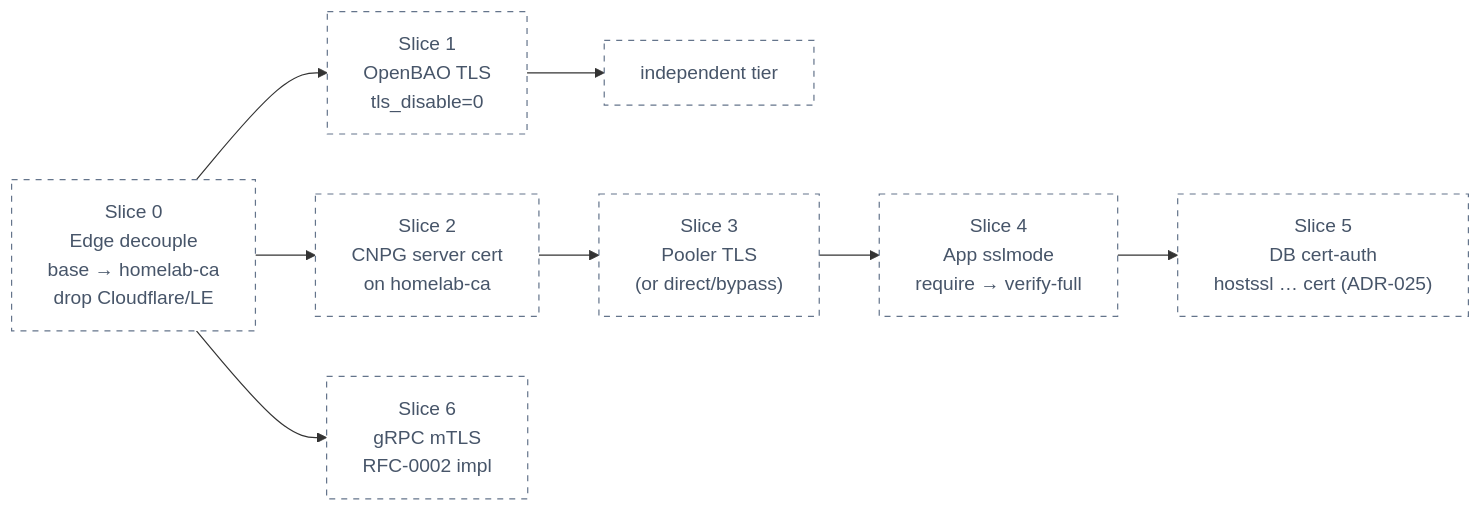
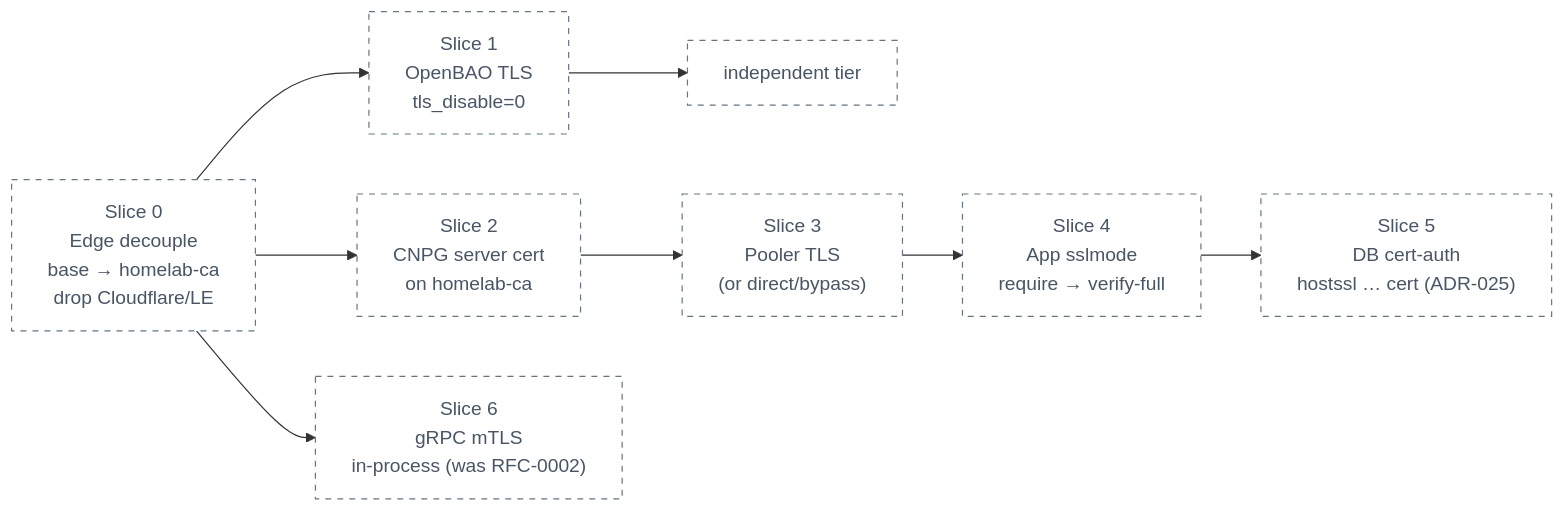
The second of 2 diagrams in docs/proposals/rfc/RFC-0020/research.md (duynhlab/homelab), drawn with Mermaid before and after one commit. The commit also changed other lines of this file and 3 other files, not shown here.

````diff
--- a/docs/proposals/rfc/RFC-0020/research.md
+++ b/docs/proposals/rfc/RFC-0020/research.md
@@ -212,14 +212,14 @@
 ```mermaid
 flowchart LR
   s0["Slice 0<br/>Edge decouple<br/>base → homelab-ca<br/>drop Cloudflare/LE"] --> s1
   s1["Slice 1<br/>OpenBAO TLS<br/>tls_disable=0"] --> note1
   s0 --> s2["Slice 2<br/>CNPG server cert<br/>on homelab-ca"]
   s2 --> s3["Slice 3<br/>Pooler TLS<br/>(or direct/bypass)"]
   s3 --> s4["Slice 4<br/>App sslmode<br/>require → verify-full"]
   s4 --> s5["Slice 5<br/>DB cert-auth<br/>hostssl … cert (ADR-025)"]
-  s0 --> s6["Slice 6<br/>gRPC mTLS<br/>RFC-0002 impl"]
+  s0 --> s6["Slice 6<br/>gRPC mTLS<br/>in-process (was RFC-0002)"]
   note1["independent tier"]
 
   classDef planned fill:#fff,color:#475569,stroke:#64748b,stroke-dasharray:5 5;
   class s0,s1,s2,s3,s4,s5,s6,note1 planned;
 ```
````
